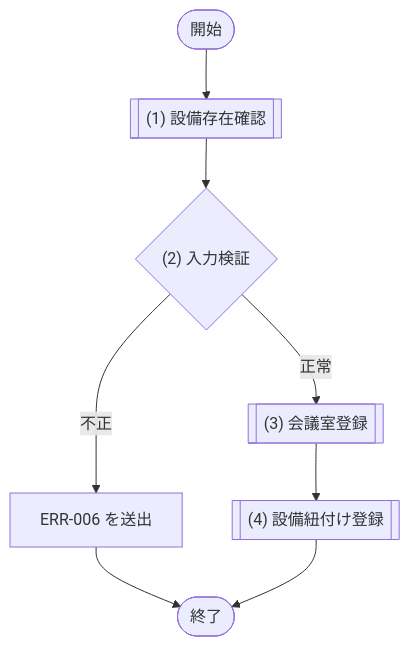
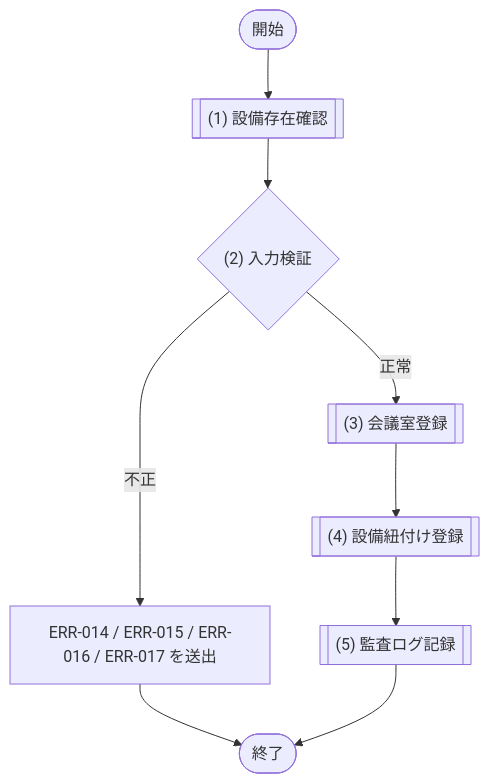
Before and after one commit to sikakou54/system-document-template: the first of 6 diagrams in docs/03_機能設計/06_モジュール設計/MOD-004_会議室管理サービス.md, drawn with Mermaid. The commit also changed other lines of this file and 136 other files, not shown here.

````diff
--- a/docs/03_機能設計/06_モジュール設計/MOD-004_会議室管理サービス.md
+++ b/docs/03_機能設計/06_モジュール設計/MOD-004_会議室管理サービス.md
@@ -63,14 +67,15 @@
 ```mermaid
 flowchart TD
   Start([開始])
   P1[["(1) 設備存在確認"]]
   D1{"(2) 入力検証"}
   P2[["(3) 会議室登録"]]
   P3[["(4) 設備紐付け登録"]]
-  E1["ERR-006 を送出"]
+  P4[["(5) 監査ログ記録"]]
+  E1["ERR-014 / ERR-015 / ERR-016 / ERR-017 を送出"]
   End([終了])
 
   Start --> P1 --> D1
   D1 -- "不正" --> E1 --> End
-  D1 -- "正常" --> P2 --> P3 --> End
+  D1 -- "正常" --> P2 --> P3 --> P4 --> End
 ```
````
